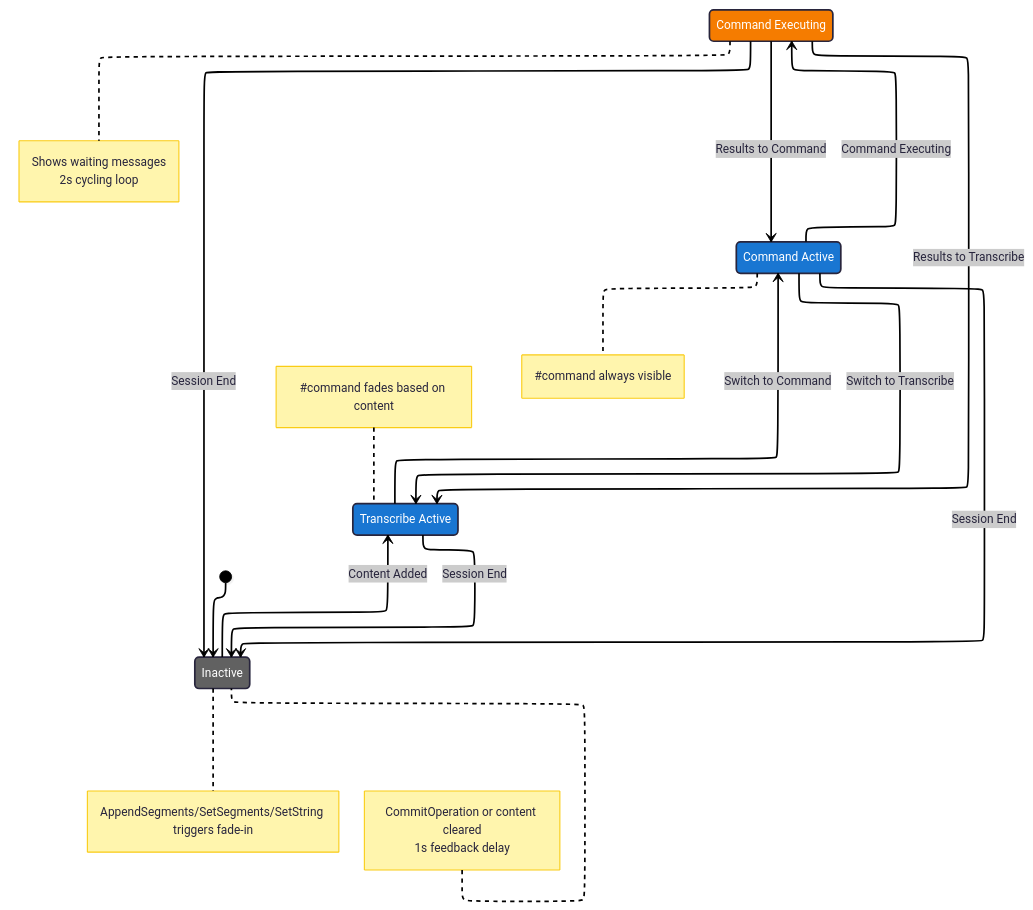
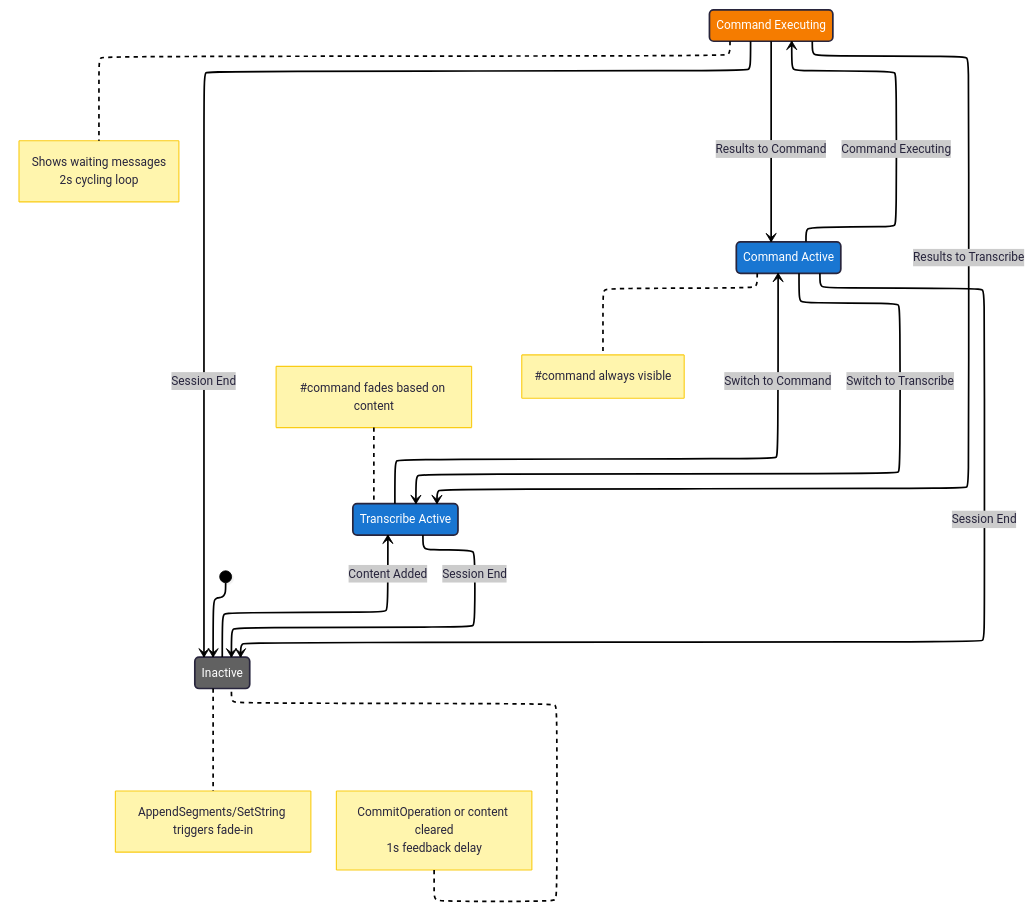
Before and after one commit to shyndman/lmnop-eavesdrop: the diagram in packages/active-listener-ui-electron/docs/state-machine-diagram.md, drawn with Mermaid. The commit also changed other lines of this file and 3 other files, not shown here.

Commit message:
Remove SetSegments -- SetString does just fine

````diff
--- a/packages/active-listener-ui-electron/docs/state-machine-diagram.md
+++ b/packages/active-listener-ui-electron/docs/state-machine-diagram.md
@@ -3,51 +3,51 @@
 ```mermaid
 ---
 config:
   theme: redux
   layout: elk
 ---
 stateDiagram-v2
     direction TB
     classDef activeState fill:#1976d2,color:#fff;
     classDef executingState fill:#f57c00,color:#fff;
     classDef inactiveState fill:#616161,color:#fff;
 
     [*] --> inactive
     inactive --> transcribe_active: Content Added
     transcribe_active --> command_active: Switch to Command
     command_active --> transcribe_active: Switch to Transcribe
     command_active --> command_executing: Command Executing
     command_executing --> transcribe_active: Results to Transcribe
     command_executing --> command_active: Results to Command
 
     transcribe_active --> inactive: Session End
     command_active --> inactive: Session End
     command_executing --> inactive: Session End
 
     inactive: Inactive
     transcribe_active: Transcribe Active
     command_active: Command Active
     command_executing: Command Executing
 
     note right of inactive
-      AppendSegments/SetSegments/SetString triggers fade-in
+      AppendSegments/SetString triggers fade-in
     end note
     note left of inactive
       CommitOperation or content cleared
       1s feedback delay
     end note
     note left of transcribe_active
       #command fades based on content
     end note
     note right of command_active
       #command always visible
     end note
     note right of command_executing
       Shows waiting messages
       2s cycling loop
     end note
 
     class transcribe_active,command_active activeState
     class command_executing executingState
     class inactive inactiveState
 ```
````
